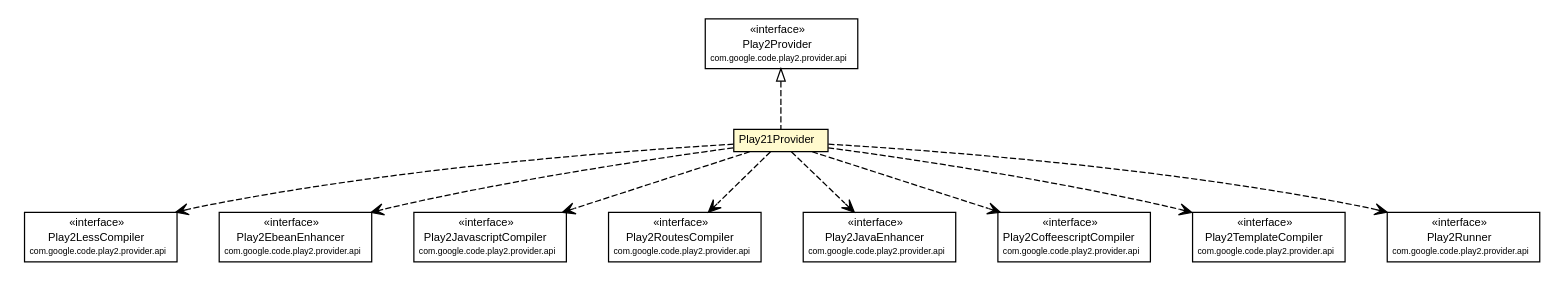
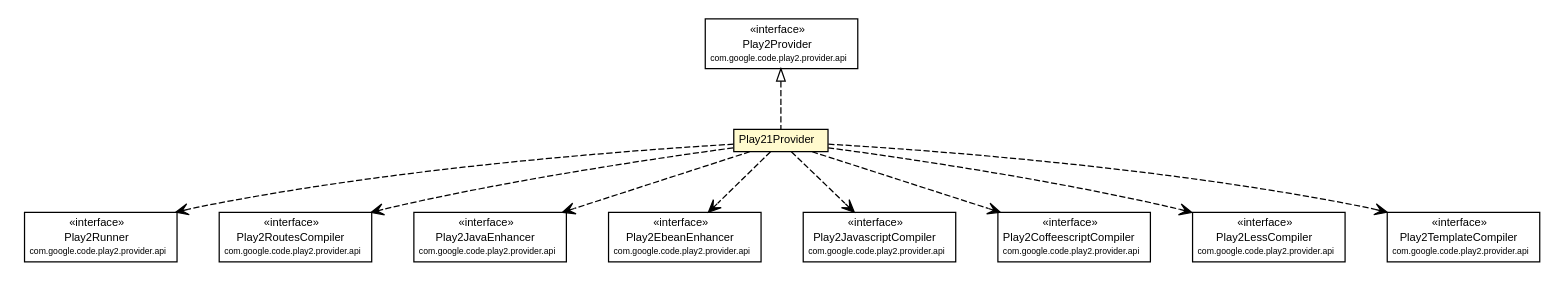
The diagram in mavensite/1.0.0-beta3/play2-providers/play2-provider-play21/apidocs/com/google/code/play2/provider/play21/Play21Provider.dot (wouterhardeman/play2-maven-plugin), drawn with Graphviz before and after one commit. The commit also changed 600 other files, not shown here.

```diff
--- a/mavensite/1.0.0-beta3/play2-providers/play2-provider-play21/apidocs/com/google/code/play2/provider/play21/Play21Provider.dot
+++ b/mavensite/1.0.0-beta3/play2-providers/play2-provider-play21/apidocs/com/google/code/play2/provider/play21/Play21Provider.dot
@@ -1,108 +1,108 @@
 #!/usr/local/bin/dot
 #
 # Class diagram 
 # Generated by UMLGraph version R5_6-24-gf6e263 (http://www.umlgraph.org/)
 #
 
 digraph G {
 	edge [fontname="arial",fontsize=10,labelfontname="arial",labelfontsize=10];
 	node [fontname="arial",fontsize=10,shape=plaintext];
 	nodesep=0.25;
 	ranksep=0.5;
 	// com.google.code.play2.provider.play21.Play21Provider
 	c184 [label=<<table title="com.google.code.play2.provider.play21.Play21Provider" border="0" cellborder="1" cellspacing="0" cellpadding="2" port="p" bgcolor="lemonChiffon" href="./Play21Provider.html">
 		<tr><td><table border="0" cellspacing="0" cellpadding="1">
 <tr><td align="center" balign="center"> Play21Provider </td></tr>
 		</table></td></tr>
 		</table>>, URL="./Play21Provider.html", fontname="arial", fontcolor="black", fontsize=9.0];
 	//com.google.code.play2.provider.play21.Play21Provider implements com.google.code.play2.provider.api.Play2Provider
 	c193:p -> c184:p [dir=back,arrowtail=empty,style=dashed];
-	// com.google.code.play2.provider.play21.Play21Provider DEPEND com.google.code.play2.provider.api.Play2LessCompiler
+	// com.google.code.play2.provider.play21.Play21Provider DEPEND com.google.code.play2.provider.api.Play2Runner
 	c184:p -> c194:p [taillabel="", label="", headlabel="", fontname="arial", fontcolor="black", fontsize=10.0, color="black", arrowhead=open, style=dashed];
+	// com.google.code.play2.provider.play21.Play21Provider DEPEND com.google.code.play2.provider.api.Play2RoutesCompiler
+	c184:p -> c195:p [taillabel="", label="", headlabel="", fontname="arial", fontcolor="black", fontsize=10.0, color="black", arrowhead=open, style=dashed];
+	// com.google.code.play2.provider.play21.Play21Provider DEPEND com.google.code.play2.provider.api.Play2JavaEnhancer
+	c184:p -> c196:p [taillabel="", label="", headlabel="", fontname="arial", fontcolor="black", fontsize=10.0, color="black", arrowhead=open, style=dashed];
 	// com.google.code.play2.provider.play21.Play21Provider DEPEND com.google.code.play2.provider.api.Play2EbeanEnhancer
-	c184:p -> c195:p [taillabel="", label="", headlabel="", fontname="arial", fontcolor="black", fontsize=10.0, color="black", arrowhead=open, style=dashed];
+	c184:p -> c197:p [taillabel="", label="", headlabel="", fontname="arial", fontcolor="black", fontsize=10.0, color="black", arrowhead=open, style=dashed];
 	// com.google.code.play2.provider.play21.Play21Provider DEPEND com.google.code.play2.provider.api.Play2JavascriptCompiler
-	c184:p -> c196:p [taillabel="", label="", headlabel="", fontname="arial", fontcolor="black", fontsize=10.0, color="black", arrowhead=open, style=dashed];
-	// com.google.code.play2.provider.play21.Play21Provider DEPEND com.google.code.play2.provider.api.Play2RoutesCompiler
-	c184:p -> c197:p [taillabel="", label="", headlabel="", fontname="arial", fontcolor="black", fontsize=10.0, color="black", arrowhead=open, style=dashed];
-	// com.google.code.play2.provider.play21.Play21Provider DEPEND com.google.code.play2.provider.api.Play2JavaEnhancer
 	c184:p -> c198:p [taillabel="", label="", headlabel="", fontname="arial", fontcolor="black", fontsize=10.0, color="black", arrowhead=open, style=dashed];
 	// com.google.code.play2.provider.play21.Play21Provider DEPEND com.google.code.play2.provider.api.Play2CoffeescriptCompiler
 	c184:p -> c199:p [taillabel="", label="", headlabel="", fontname="arial", fontcolor="black", fontsize=10.0, color="black", arrowhead=open, style=dashed];
+	// com.google.code.play2.provider.play21.Play21Provider DEPEND com.google.code.play2.provider.api.Play2LessCompiler
+	c184:p -> c200:p [taillabel="", label="", headlabel="", fontname="arial", fontcolor="black", fontsize=10.0, color="black", arrowhead=open, style=dashed];
 	// com.google.code.play2.provider.play21.Play21Provider DEPEND com.google.code.play2.provider.api.Play2TemplateCompiler
-	c184:p -> c200:p [taillabel="", label="", headlabel="", fontname="arial", fontcolor="black", fontsize=10.0, color="black", arrowhead=open, style=dashed];
-	// com.google.code.play2.provider.play21.Play21Provider DEPEND com.google.code.play2.provider.api.Play2Runner
 	c184:p -> c201:p [taillabel="", label="", headlabel="", fontname="arial", fontcolor="black", fontsize=10.0, color="black", arrowhead=open, style=dashed];
 	// com.google.code.play2.provider.api.Play2Provider
 	c193 [label=<<table title="com.google.code.play2.provider.api.Play2Provider" border="0" cellborder="1" cellspacing="0" cellpadding="2" port="p">
 		<tr><td><table border="0" cellspacing="0" cellpadding="1">
 <tr><td align="center" balign="center"> &#171;interface&#187; </td></tr>
 <tr><td align="center" balign="center"> Play2Provider </td></tr>
 <tr><td align="center" balign="center"><font point-size="7.0"> com.google.code.play2.provider.api </font></td></tr>
 		</table></td></tr>
 		</table>>, URL="null", fontname="arial", fontcolor="black", fontsize=9.0];
 	// com.google.code.play2.provider.api.Play2RoutesCompiler
-	c197 [label=<<table title="com.google.code.play2.provider.api.Play2RoutesCompiler" border="0" cellborder="1" cellspacing="0" cellpadding="2" port="p">
+	c195 [label=<<table title="com.google.code.play2.provider.api.Play2RoutesCompiler" border="0" cellborder="1" cellspacing="0" cellpadding="2" port="p">
 		<tr><td><table border="0" cellspacing="0" cellpadding="1">
 <tr><td align="center" balign="center"> &#171;interface&#187; </td></tr>
 <tr><td align="center" balign="center"> Play2RoutesCompiler </td></tr>
 <tr><td align="center" balign="center"><font point-size="7.0"> com.google.code.play2.provider.api </font></td></tr>
 		</table></td></tr>
 		</table>>, URL="null", fontname="arial", fontcolor="black", fontsize=9.0];
 	// com.google.code.play2.provider.api.Play2LessCompiler
-	c194 [label=<<table title="com.google.code.play2.provider.api.Play2LessCompiler" border="0" cellborder="1" cellspacing="0" cellpadding="2" port="p">
+	c200 [label=<<table title="com.google.code.play2.provider.api.Play2LessCompiler" border="0" cellborder="1" cellspacing="0" cellpadding="2" port="p">
 		<tr><td><table border="0" cellspacing="0" cellpadding="1">
 <tr><td align="center" balign="center"> &#171;interface&#187; </td></tr>
 <tr><td align="center" balign="center"> Play2LessCompiler </td></tr>
 <tr><td align="center" balign="center"><font point-size="7.0"> com.google.code.play2.provider.api </font></td></tr>
 		</table></td></tr>
 		</table>>, URL="null", fontname="arial", fontcolor="black", fontsize=9.0];
 	// com.google.code.play2.provider.api.Play2TemplateCompiler
-	c200 [label=<<table title="com.google.code.play2.provider.api.Play2TemplateCompiler" border="0" cellborder="1" cellspacing="0" cellpadding="2" port="p">
+	c201 [label=<<table title="com.google.code.play2.provider.api.Play2TemplateCompiler" border="0" cellborder="1" cellspacing="0" cellpadding="2" port="p">
 		<tr><td><table border="0" cellspacing="0" cellpadding="1">
 <tr><td align="center" balign="center"> &#171;interface&#187; </td></tr>
 <tr><td align="center" balign="center"> Play2TemplateCompiler </td></tr>
 <tr><td align="center" balign="center"><font point-size="7.0"> com.google.code.play2.provider.api </font></td></tr>
 		</table></td></tr>
 		</table>>, URL="null", fontname="arial", fontcolor="black", fontsize=9.0];
 	// com.google.code.play2.provider.api.Play2CoffeescriptCompiler
 	c199 [label=<<table title="com.google.code.play2.provider.api.Play2CoffeescriptCompiler" border="0" cellborder="1" cellspacing="0" cellpadding="2" port="p">
 		<tr><td><table border="0" cellspacing="0" cellpadding="1">
 <tr><td align="center" balign="center"> &#171;interface&#187; </td></tr>
 <tr><td align="center" balign="center"> Play2CoffeescriptCompiler </td></tr>
 <tr><td align="center" balign="center"><font point-size="7.0"> com.google.code.play2.provider.api </font></td></tr>
 		</table></td></tr>
 		</table>>, URL="null", fontname="arial", fontcolor="black", fontsize=9.0];
 	// com.google.code.play2.provider.api.Play2EbeanEnhancer
-	c195 [label=<<table title="com.google.code.play2.provider.api.Play2EbeanEnhancer" border="0" cellborder="1" cellspacing="0" cellpadding="2" port="p">
+	c197 [label=<<table title="com.google.code.play2.provider.api.Play2EbeanEnhancer" border="0" cellborder="1" cellspacing="0" cellpadding="2" port="p">
 		<tr><td><table border="0" cellspacing="0" cellpadding="1">
 <tr><td align="center" balign="center"> &#171;interface&#187; </td></tr>
 <tr><td align="center" balign="center"> Play2EbeanEnhancer </td></tr>
 <tr><td align="center" balign="center"><font point-size="7.0"> com.google.code.play2.provider.api </font></td></tr>
 		</table></td></tr>
 		</table>>, URL="null", fontname="arial", fontcolor="black", fontsize=9.0];
 	// com.google.code.play2.provider.api.Play2JavascriptCompiler
-	c196 [label=<<table title="com.google.code.play2.provider.api.Play2JavascriptCompiler" border="0" cellborder="1" cellspacing="0" cellpadding="2" port="p">
+	c198 [label=<<table title="com.google.code.play2.provider.api.Play2JavascriptCompiler" border="0" cellborder="1" cellspacing="0" cellpadding="2" port="p">
 		<tr><td><table border="0" cellspacing="0" cellpadding="1">
 <tr><td align="center" balign="center"> &#171;interface&#187; </td></tr>
 <tr><td align="center" balign="center"> Play2JavascriptCompiler </td></tr>
 <tr><td align="center" balign="center"><font point-size="7.0"> com.google.code.play2.provider.api </font></td></tr>
 		</table></td></tr>
 		</table>>, URL="null", fontname="arial", fontcolor="black", fontsize=9.0];
 	// com.google.code.play2.provider.api.Play2JavaEnhancer
-	c198 [label=<<table title="com.google.code.play2.provider.api.Play2JavaEnhancer" border="0" cellborder="1" cellspacing="0" cellpadding="2" port="p">
+	c196 [label=<<table title="com.google.code.play2.provider.api.Play2JavaEnhancer" border="0" cellborder="1" cellspacing="0" cellpadding="2" port="p">
 		<tr><td><table border="0" cellspacing="0" cellpadding="1">
 <tr><td align="center" balign="center"> &#171;interface&#187; </td></tr>
 <tr><td align="center" balign="center"> Play2JavaEnhancer </td></tr>
 <tr><td align="center" balign="center"><font point-size="7.0"> com.google.code.play2.provider.api </font></td></tr>
 		</table></td></tr>
 		</table>>, URL="null", fontname="arial", fontcolor="black", fontsize=9.0];
 	// com.google.code.play2.provider.api.Play2Runner
-	c201 [label=<<table title="com.google.code.play2.provider.api.Play2Runner" border="0" cellborder="1" cellspacing="0" cellpadding="2" port="p">
+	c194 [label=<<table title="com.google.code.play2.provider.api.Play2Runner" border="0" cellborder="1" cellspacing="0" cellpadding="2" port="p">
 		<tr><td><table border="0" cellspacing="0" cellpadding="1">
 <tr><td align="center" balign="center"> &#171;interface&#187; </td></tr>
 <tr><td align="center" balign="center"> Play2Runner </td></tr>
 <tr><td align="center" balign="center"><font point-size="7.0"> com.google.code.play2.provider.api </font></td></tr>
 		</table></td></tr>
 		</table>>, URL="null", fontname="arial", fontcolor="black", fontsize=9.0];
 }
```
